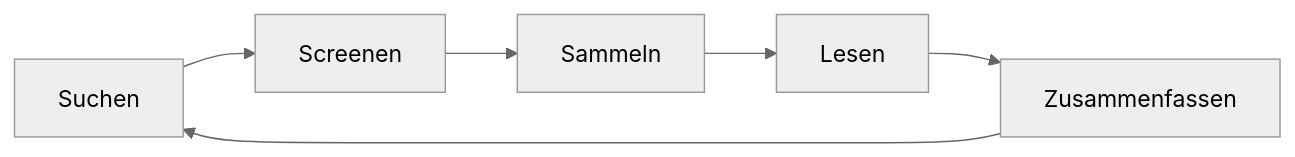
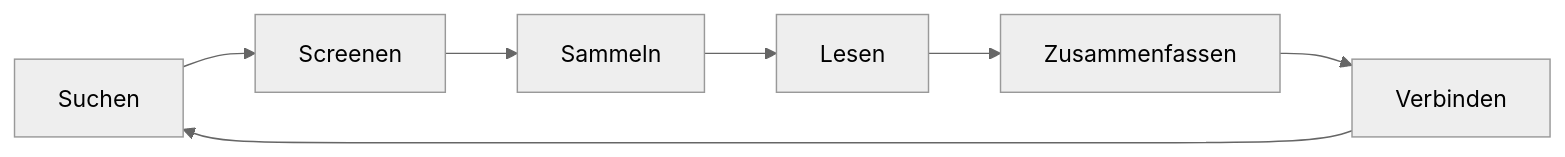
One commit to sebastiansauer/fopra changed the fourth of 6 diagrams in 020-themawahl.qmd. Above: the diagram before and after it, drawn with Mermaid (neutral theme). The commit also changed other lines of this file and 3 other files, not shown here.

````diff
--- a/020-themawahl.qmd
+++ b/020-themawahl.qmd
@@ -252,6 +250,6 @@
 ```{mermaid}
-%%| fig-cap: Der Ablauf der Literaturrecherche
+%%| fig-cap: Der Ablauf des Wissensaufbau
 %%| label: fig-litsearch
 flowchart LR
-Suchen-->Screenen-->Sammeln-->Lesen-->Zusammenfassen-->Suchen
+Suchen-->Screenen-->Sammeln-->Lesen-->Zusammenfassen-->Verbinden-->Suchen
 ```
````
